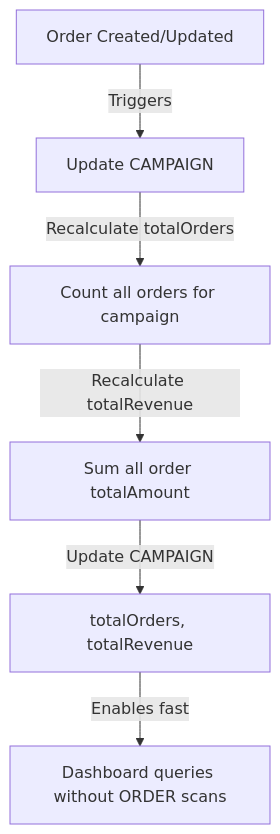
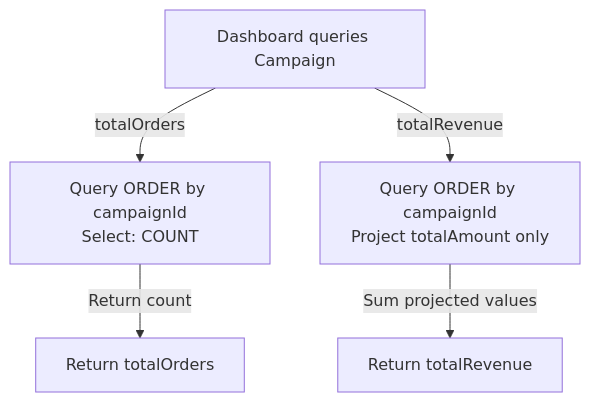
The eighth of 13 diagrams in docs/SCHEMA.md (dmeiser/kernelworx), drawn with Mermaid before and after one commit. The commit also changed other lines of this file and 3 other files, not shown here.

First line of the commit message:
fix(appsync): stop loading all order items for Campaign totals (#173)

````diff
--- a/docs/SCHEMA.md
+++ b/docs/SCHEMA.md
@@ -254,8 +256,7 @@
 ```mermaid
 flowchart TD
-    A["Order Created/Updated"] -->|Triggers| B["Update CAMPAIGN"]
-    B -->|Recalculate totalOrders| C["Count all orders for campaign"]
-    C -->|Recalculate totalRevenue| D["Sum all order totalAmount"]
-    D -->|Update CAMPAIGN| E["totalOrders, totalRevenue"]
-    E -->|Enables fast| F["Dashboard queries without ORDER scans"]
+    A["Dashboard queries Campaign"] -->|totalOrders| B["Query ORDER by campaignId<br/>Select: COUNT"]
+    A -->|totalRevenue| C["Query ORDER by campaignId<br/>Project totalAmount only"]
+    C -->|Sum projected values| D["Return totalRevenue"]
+    B -->|Return count| E["Return totalOrders"]
 ```
````
